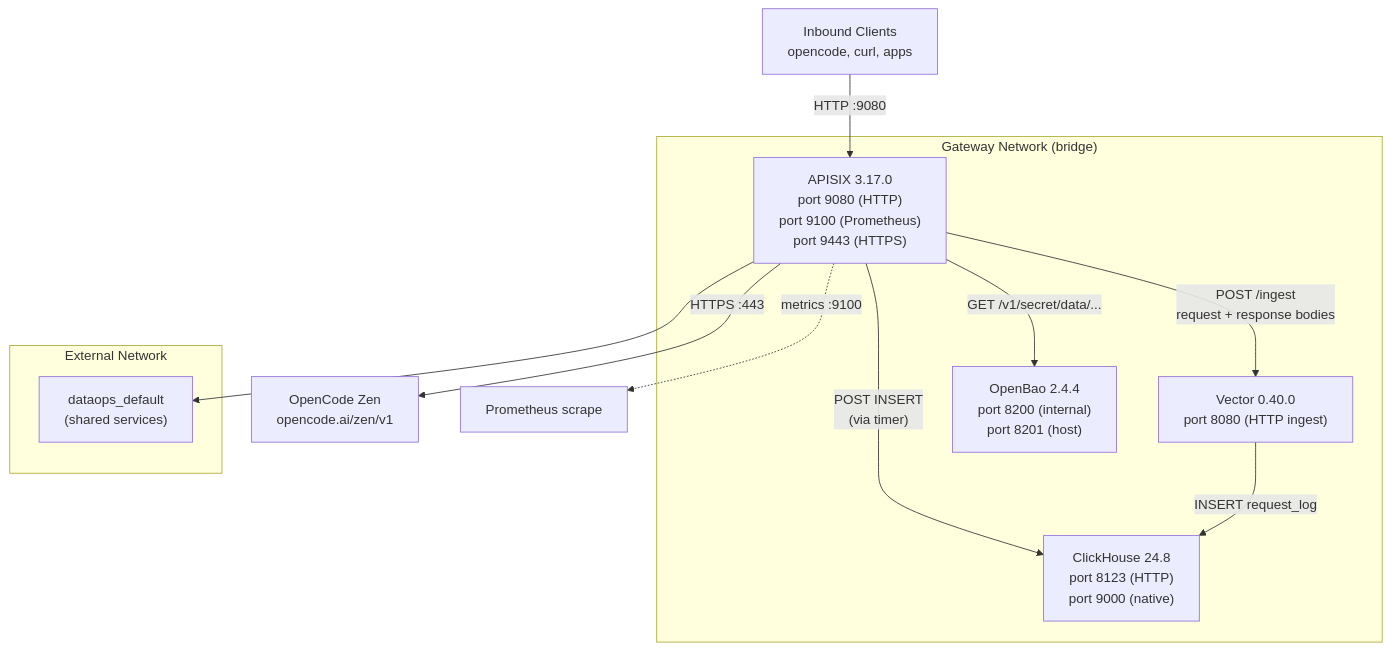
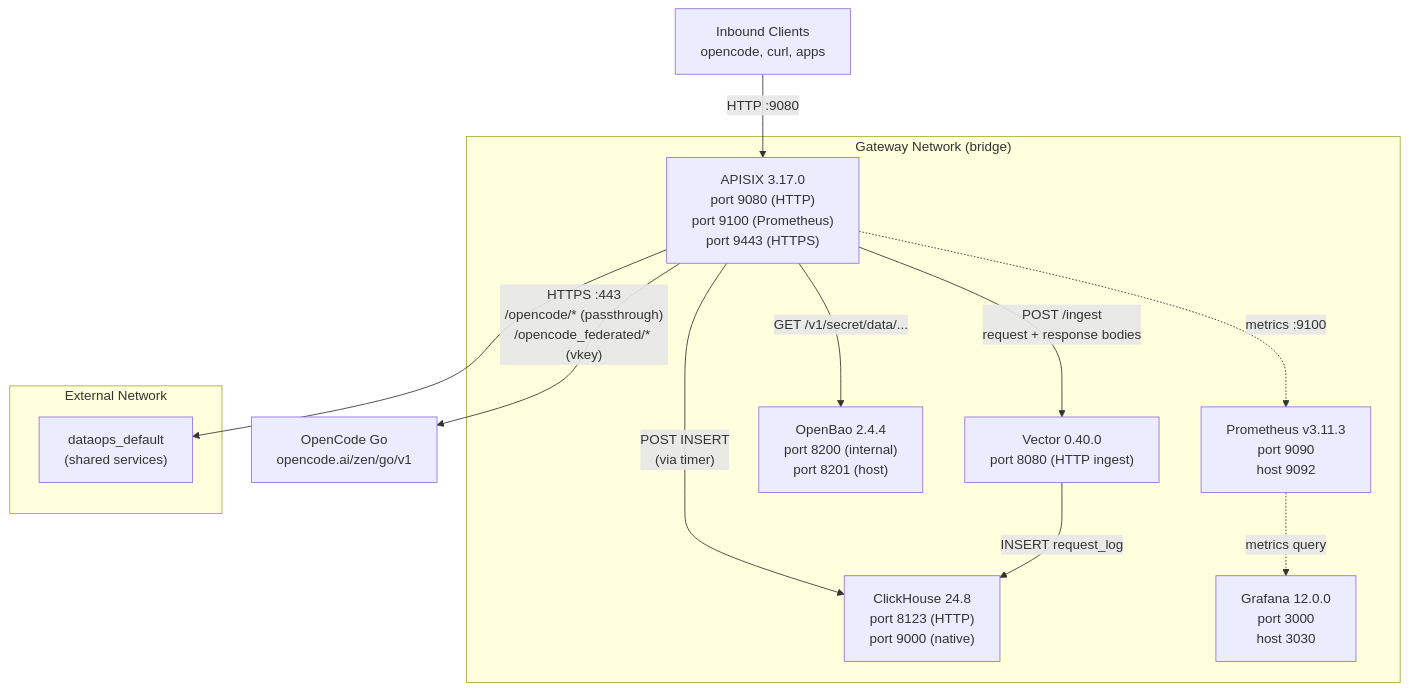
One commit to Independent-AI-Labs/WORKSPACE-GATEWAY changed the first of 16 diagrams in docs/ARCHITECTURE.md. Above: the diagram before and after it, drawn with Mermaid. The commit also changed other lines of this file and 42 other files, not shown here.

````diff
--- a/docs/ARCHITECTURE.md
+++ b/docs/ARCHITECTURE.md
@@ -28,22 +31,25 @@
 ```mermaid
 graph TB
     subgraph "Gateway Network (bridge)"
         APISIX["APISIX 3.17.0<br/>port 9080 (HTTP)<br/>port 9100 (Prometheus)<br/>port 9443 (HTTPS)"]
         VECTOR["Vector 0.40.0<br/>port 8080 (HTTP ingest)"]
         CLICKHOUSE["ClickHouse 24.8<br/>port 8123 (HTTP)<br/>port 9000 (native)"]
         OPENBAO["OpenBao 2.4.4<br/>port 8200 (internal)<br/>port 8201 (host)"]
+        PROM["Prometheus v3.11.3<br/>port 9090<br/>host 9092"]
+        GRAFANA["Grafana 12.0.0<br/>port 3000<br/>host 3030"]
     end
 
     subgraph "External Network"
         DATAOPS["dataops_default<br/>(shared services)"]
     end
 
     CLIENT["Inbound Clients<br/>opencode, curl, apps"] -->|HTTP :9080| APISIX
-    APISIX -->|"HTTPS :443"| ZEN["OpenCode Zen<br/>opencode.ai/zen/v1"]
+    APISIX -->|"HTTPS :443<br/>/opencode/* (passthrough)<br/>/opencode_federated/* (vkey)"| GO["OpenCode Go<br/>opencode.ai/zen/go/v1"]
     APISIX -->|"POST /ingest<br/>request + response bodies"| VECTOR
     APISIX -->|"GET /v1/secret/data/..."| OPENBAO
     APISIX -->|"POST INSERT<br/>(via timer)"| CLICKHOUSE
     VECTOR -->|"INSERT request_log"| CLICKHOUSE
-    APISIX -.->|"metrics :9100"| PROM["Prometheus scrape"]
+    APISIX -.->|"metrics :9100"| PROM
+    PROM -.->|"metrics query"| GRAFANA
     APISIX --> DATAOPS
 ```
````
